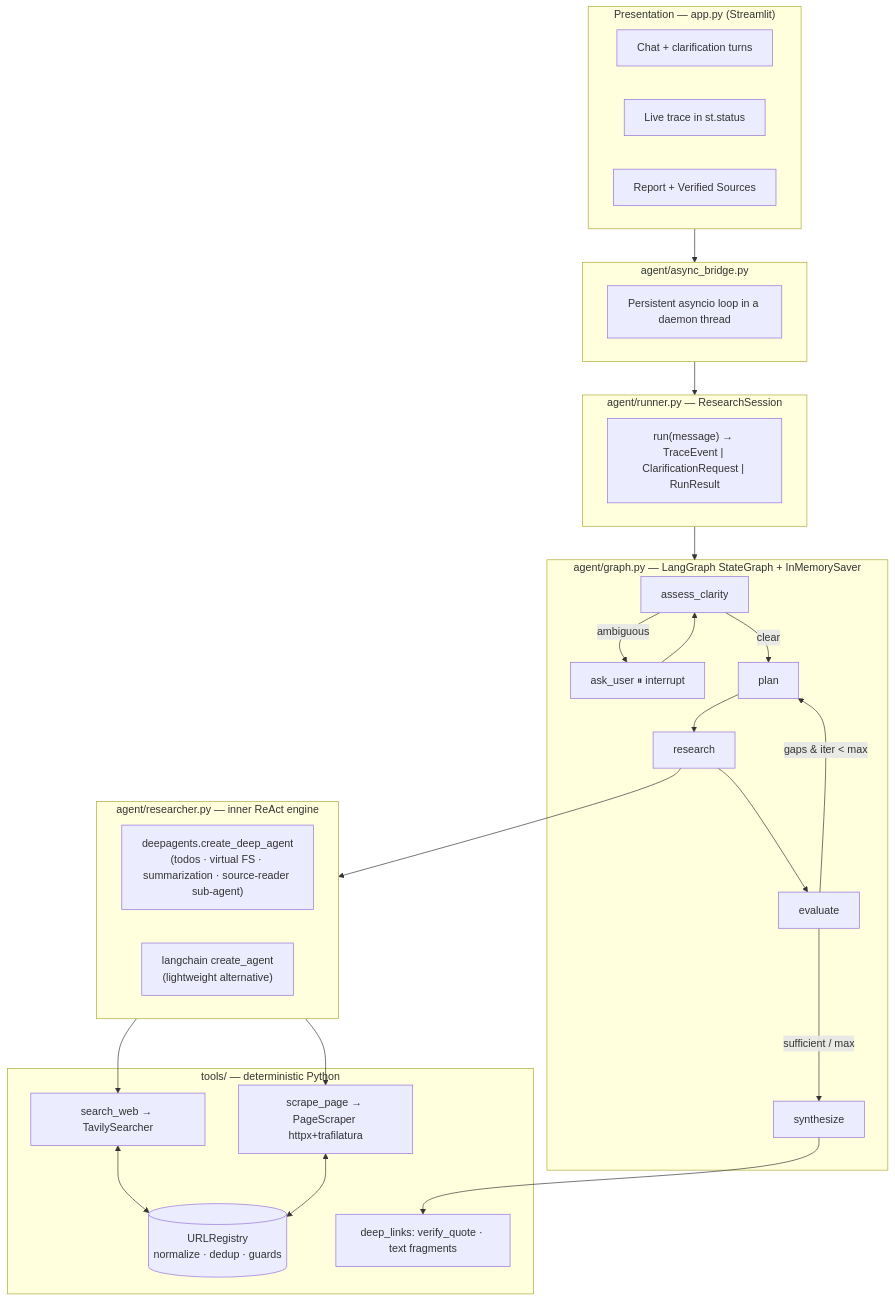
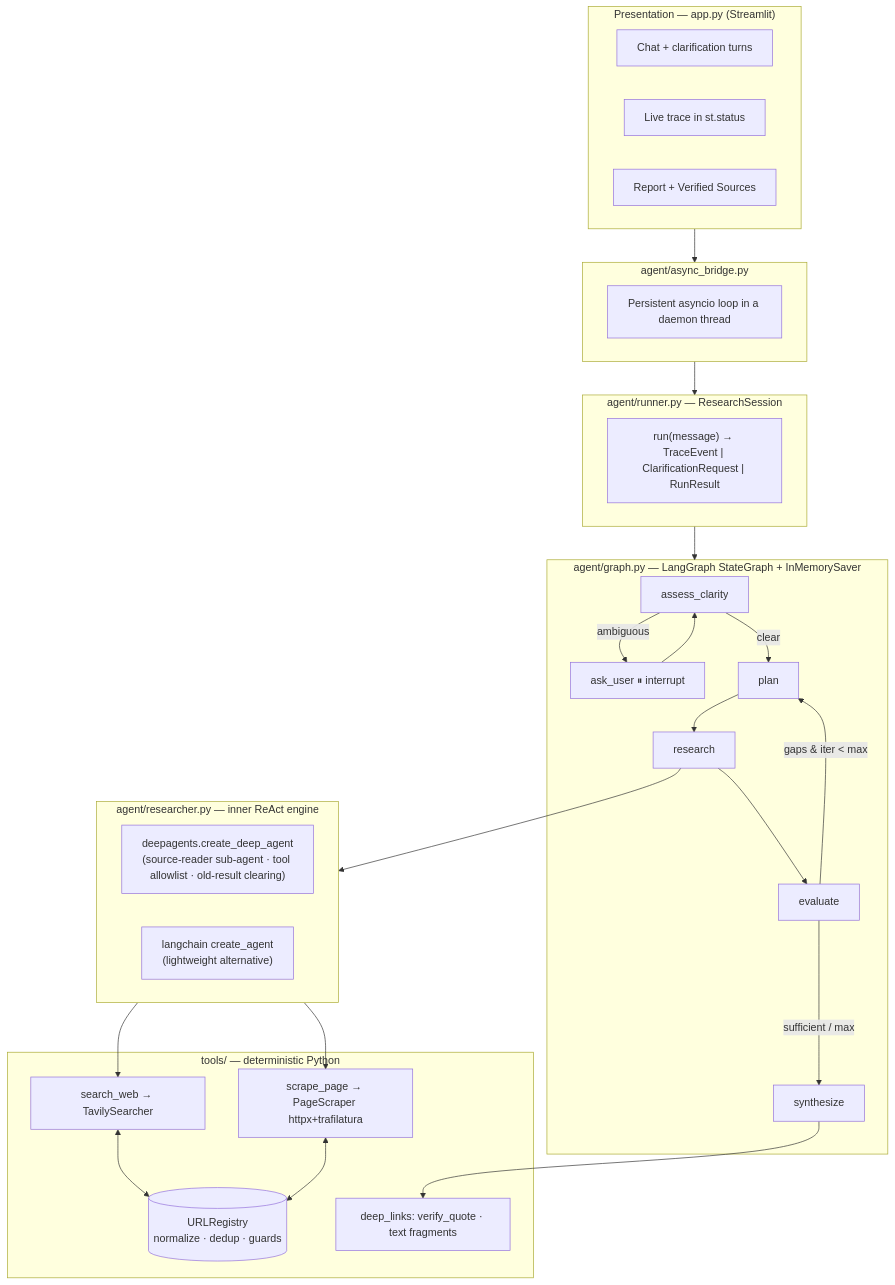
The first of 3 diagrams in README.md (YashMittal1503/ReAct-Search-Agent), drawn with Mermaid before and after one commit. The commit also changed other lines of this file, not shown here.

````diff
--- a/README.md
+++ b/README.md
@@ -59,43 +60,43 @@
 ```mermaid
 flowchart TB
     subgraph UI["Presentation — app.py (Streamlit)"]
         chat[Chat + clarification turns]
         trace[Live trace in st.status]
         report[Report + Verified Sources]
     end
 
     subgraph Bridge["agent/async_bridge.py"]
         loop[Persistent asyncio loop in a daemon thread]
     end
 
     subgraph Session["agent/runner.py — ResearchSession"]
         run["run(message) → TraceEvent | ClarificationRequest | RunResult"]
     end
 
     subgraph Graph["agent/graph.py — LangGraph StateGraph + InMemorySaver"]
         A[assess_clarity] -->|ambiguous| B[ask_user ⏸ interrupt]
         B --> A
         A -->|clear| C[plan]
         C --> D[research]
         D --> E[evaluate]
         E -->|gaps & iter < max| C
         E -->|sufficient / max| F[synthesize]
     end
 
     subgraph Engine["agent/researcher.py — inner ReAct engine"]
-        DA["deepagents.create_deep_agent<br/>(todos · virtual FS · summarization · source-reader sub-agent)"]
+        DA["deepagents.create_deep_agent<br/>(source-reader sub-agent · tool allowlist · old-result clearing)"]
         RA["langchain create_agent<br/>(lightweight alternative)"]
     end
 
     subgraph Tools["tools/ — deterministic Python"]
         T1[search_web → TavilySearcher]
         T2[scrape_page → PageScraper httpx+trafilatura]
         REG[(URLRegistry<br/>normalize · dedup · guards)]
         DL[deep_links: verify_quote · text fragments]
     end
 
     UI --> Bridge --> Session --> Graph
     D --> Engine --> T1 & T2
     T1 & T2 <--> REG
     F --> DL
 ```
````
